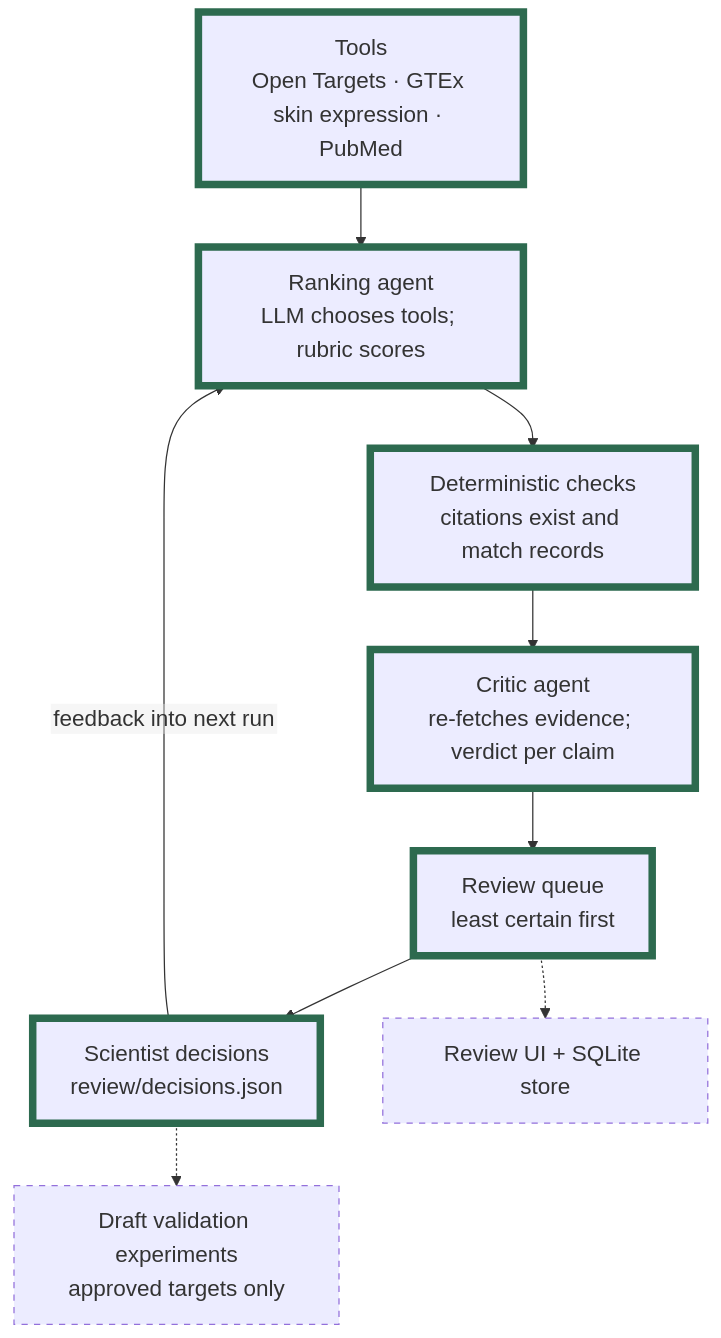
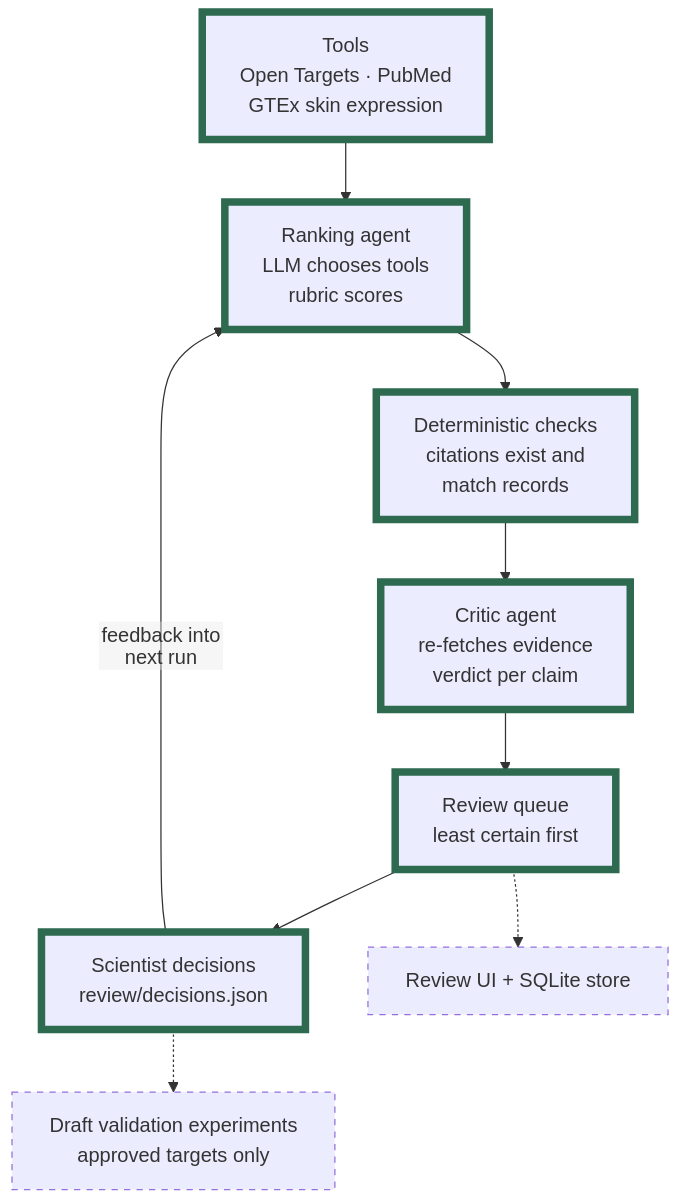
The diagram in README.md (yukapooka/target-evidence-agent), drawn with Mermaid before and after one commit.

````diff
--- a/README.md
+++ b/README.md
@@ -18,17 +18,17 @@
 ```mermaid
-%%{init: {"themeVariables": {"fontSize": "18px"}, "flowchart": {"htmlLabels": false}}}%%
+%%{init: {"themeVariables": {"fontSize": "16px"}, "flowchart": {"htmlLabels": false}}}%%
 flowchart TD
-    T["Tools<br/>Open Targets · GTEx skin expression · PubMed"] --> R["Ranking agent<br/>LLM chooses tools; rubric scores"]
-    R --> D["Deterministic checks<br/>citations exist and match records"]
-    D --> C["Critic agent<br/>re-fetches evidence; verdict per claim"]
+    T["Tools<br/>Open Targets · PubMed<br/>GTEx skin expression"] --> R["Ranking agent<br/>LLM chooses tools<br/>rubric scores"]
+    R --> D["Deterministic checks<br/>citations exist and<br/>match records"]
+    D --> C["Critic agent<br/>re-fetches evidence<br/>verdict per claim"]
     C --> Q["Review queue<br/>least certain first"]
     Q --> H["Scientist decisions<br/>review/decisions.json"]
-    H -->|feedback into next run| R
+    H -->|feedback into<br/>next run| R
     H -.-> E["Draft validation experiments<br/>approved targets only"]
     Q -.-> U["Review UI + SQLite store"]
 
     classDef built stroke:#2d6a4f,stroke-width:6px;
     classDef planned stroke-dasharray: 5 5;
     class T,R,D,C,Q,H built;
     class E,U planned;
 ```
````
